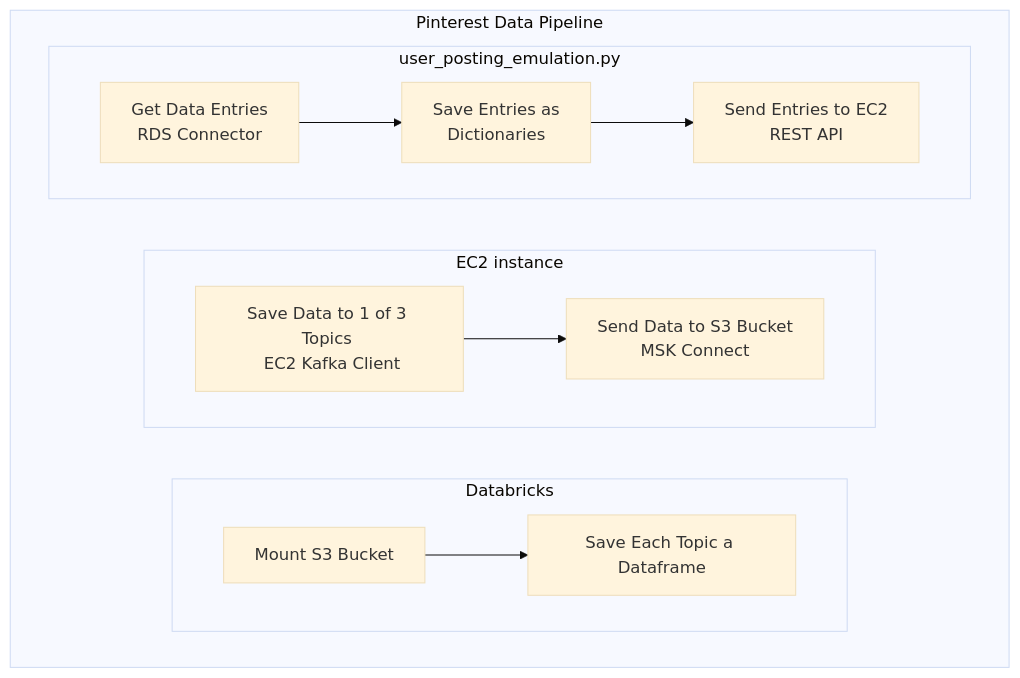
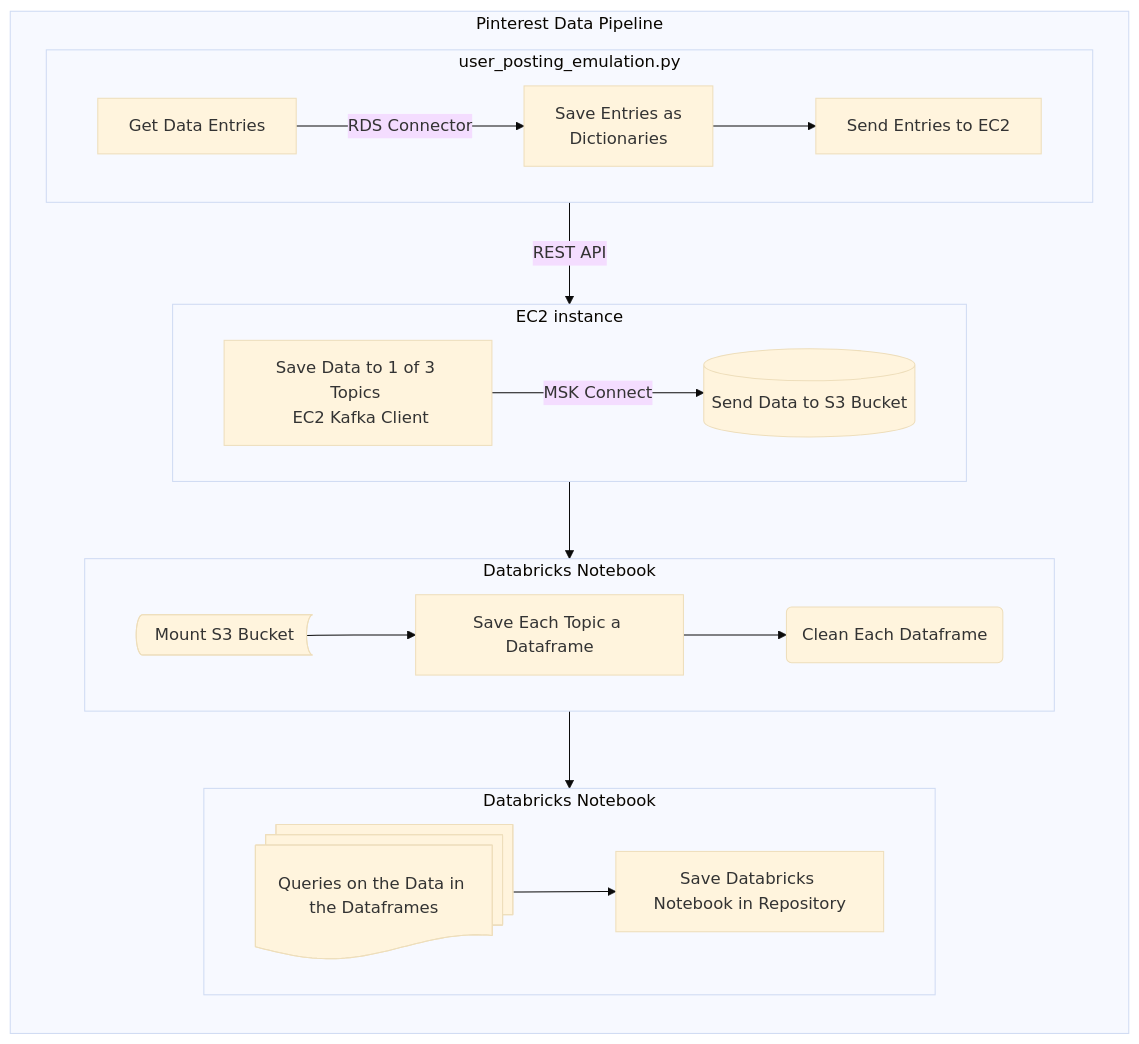
Before and after one commit to ChileMathAcc/pinterest-data-pipeline68: the diagram in README.md, drawn with Mermaid (base theme). The commit also changed other lines of this file and 8 other files, not shown here.

Commit message:
Adds pictures to the README, Adds a requirements text file for the pyhton packages used and Adds dbc file for the databricks notebook

````diff
--- a/README.md
+++ b/README.md
@@ -40,25 +67,34 @@
 ```mermaid
 flowchart TB
   
   subgraph a[Pinterest Data Pipeline]
-      direction LR
-        
-        subgraph i[Databricks]
+      direction TB
+
+        subgraph m[Databricks Notebook]
           direction LR
-            j[Mount S3 Bucket] --> k[Save Each Topic a Dataframe];
+          n@{shape: docs, label : "Queries on the Data in the Dataframes"} --> o[Save Databricks Notebook in Repository]
+        end
+
+        subgraph i[Databricks Notebook]
+          direction LR
+            j@{shape: bow-rect, label: "Mount S3 Bucket"} --> k[Save Each Topic a Dataframe];
+            k --> l(Clean Each Dataframe);
         end
 
         subgraph f[EC2 instance]
           direction LR
-            g[Save Data to 1 of 3 Topics <br> EC2 Kafka Client] --> h[Send Data to S3 Bucket <br> MSK Connect];
+            g[Save Data to 1 of 3 Topics <br> EC2 Kafka Client] -- MSK Connect --> h[(Send Data to S3 Bucket)];
         end
 
         subgraph b[user_posting_emulation.py]
           direction LR
-            c[Get Data Entries  <br>  RDS Connector] --> d[Save Entries as <br> Dictionaries];
-            d --> e[Send Entries to EC2 <br> REST API]
+            c[Get Data Entries] -- RDS Connector --> d[Save Entries as <br> Dictionaries];
+            d --> e[Send Entries to EC2]
         end
 
-        
-    end
+    b -- REST API --> f
+    f --> i
+    i --> m
+
+  end
 ```
````
